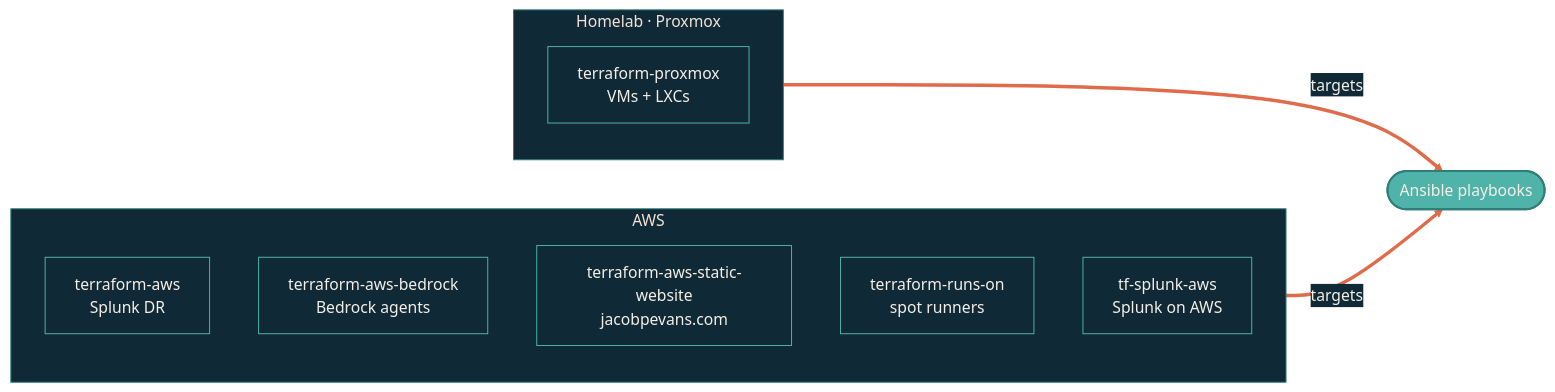
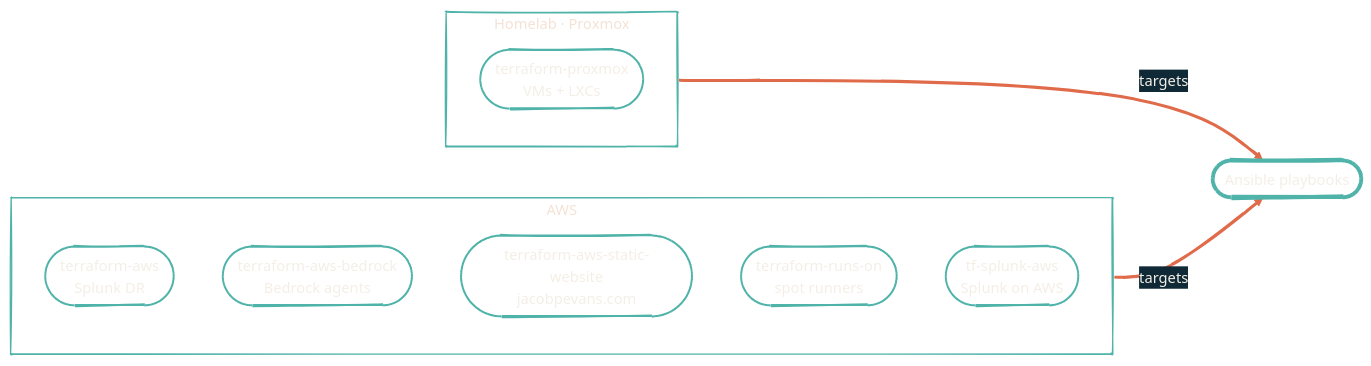
The diagram in infrastructure/overview.mdx (dryvist/docs), drawn with Mermaid before and after one commit. The commit also changed 10 other files, not shown here.

First line of the commit message:
fix(diagrams): hand-drawn look + transparent fills across all 10 diagrams

````diff
--- a/infrastructure/overview.mdx
+++ b/infrastructure/overview.mdx
@@ -12,26 +12,28 @@
 ```mermaid
-%%{init: {'theme':'base','themeVariables':{'primaryColor':'#4FB3A9','primaryTextColor':'#F4EFE6','primaryBorderColor':'#2F7E78','lineColor':'#E06B4A','secondaryColor':'#102937','tertiaryColor':'#0B1D2A','clusterBkg':'#102937','clusterBorder':'#2F7E78'}}}%%
+%%{init: {'theme':'base','look':'handDrawn','themeVariables':{'primaryColor':'#4FB3A9','primaryTextColor':'#F4EFE6','primaryBorderColor':'#2F7E78','lineColor':'#E06B4A','secondaryColor':'#102937','tertiaryColor':'#0B1D2A','clusterBkg':'transparent','clusterBorder':'#4FB3A9','fontFamily':'Geist','fontSize':'15px'}}}%%
 flowchart LR
   subgraph Onprem["Homelab · Proxmox"]
-    tp[terraform-proxmox<br/>VMs + LXCs]
+    tp(["terraform-proxmox<br/>VMs + LXCs"])
   end
 
   subgraph AWS["AWS"]
-    ta[terraform-aws<br/>Splunk DR]
-    tab[terraform-aws-bedrock<br/>Bedrock agents]
-    tasw[terraform-aws-static-website<br/>jacobpevans.com]
-    tro[terraform-runs-on<br/>spot runners]
-    tsa[tf-splunk-aws<br/>Splunk on AWS]
+    ta(["terraform-aws<br/>Splunk DR"])
+    tab(["terraform-aws-bedrock<br/>Bedrock agents"])
+    tasw(["terraform-aws-static-website<br/>jacobpevans.com"])
+    tro(["terraform-runs-on<br/>spot runners"])
+    tsa(["tf-splunk-aws<br/>Splunk on AWS"])
   end
 
   Onprem ==>|targets| Ansible(["Ansible playbooks"])
   AWS ==>|targets| Ansible
 
-  style tp fill:#102937,stroke:#4FB3A9,color:#F4EFE6
-  style ta fill:#102937,stroke:#4FB3A9,color:#F4EFE6
-  style tab fill:#102937,stroke:#4FB3A9,color:#F4EFE6
-  style tasw fill:#102937,stroke:#4FB3A9,color:#F4EFE6
-  style tro fill:#102937,stroke:#4FB3A9,color:#F4EFE6
-  style tsa fill:#102937,stroke:#4FB3A9,color:#F4EFE6
-  style Ansible fill:#4FB3A9,stroke:#2F7E78,stroke-width:2px,color:#F4EFE6
+  style tp fill:transparent,stroke:#4FB3A9,stroke-width:2px,color:#F4EFE6
+  style ta fill:transparent,stroke:#4FB3A9,stroke-width:2px,color:#F4EFE6
+  style tab fill:transparent,stroke:#4FB3A9,stroke-width:2px,color:#F4EFE6
+  style tasw fill:transparent,stroke:#4FB3A9,stroke-width:2px,color:#F4EFE6
+  style tro fill:transparent,stroke:#4FB3A9,stroke-width:2px,color:#F4EFE6
+  style tsa fill:transparent,stroke:#4FB3A9,stroke-width:2px,color:#F4EFE6
+  style Ansible fill:transparent,stroke:#4FB3A9,stroke-width:4px,color:#F4EFE6
+
+  linkStyle default stroke:#E06B4A,stroke-width:3px
 ```
````
